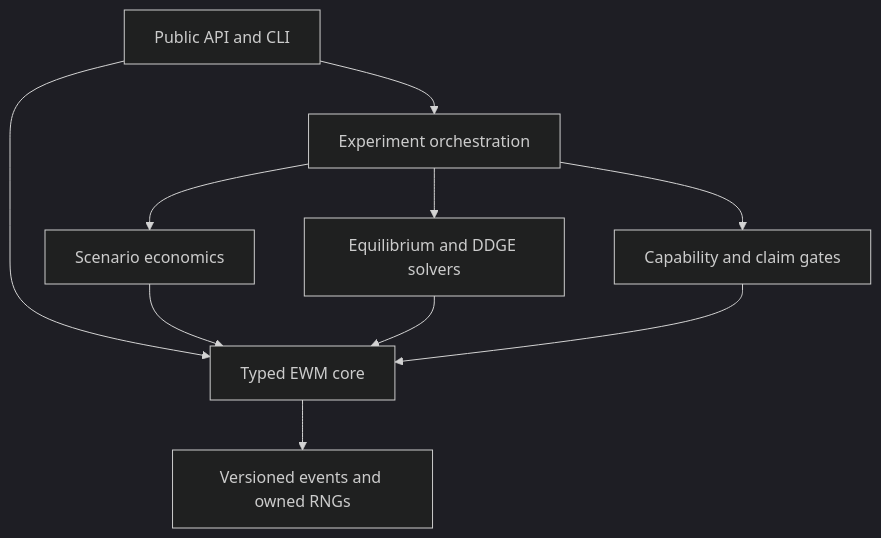
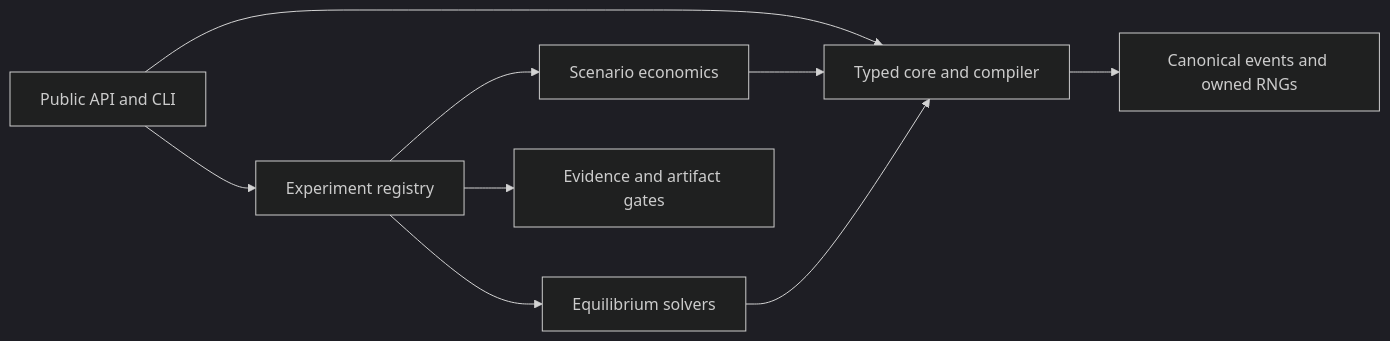
The diagram in README.md (ReverseZoom2151/economic-world-model), drawn with Mermaid (dark theme) before and after one commit. The commit also changed other lines of this file and 1 other file, not shown here.

Commit message:
docs: refresh public project overview

````diff
--- a/README.md
+++ b/README.md
@@ -243,12 +189,11 @@
 ```mermaid
-flowchart TB
-    API[Public API and CLI] --> EXP[Experiment orchestration]
-    API --> CORE[Typed EWM core]
+flowchart LR
+    API[Public API and CLI] --> EXP[Experiment registry]
+    API --> CORE[Typed core and compiler]
     EXP --> SCN[Scenario economics]
-    EXP --> EQ[Equilibrium and DDGE solvers]
-    EXP --> CAP[Capability and claim gates]
+    EXP --> EQ[Equilibrium solvers]
+    EXP --> EVID[Evidence and artifact gates]
     SCN --> CORE
     EQ --> CORE
-    CAP --> CORE
-    CORE --> EVT[Versioned events and owned RNGs]
+    CORE --> EVT[Canonical events and owned RNGs]
 ```
````
